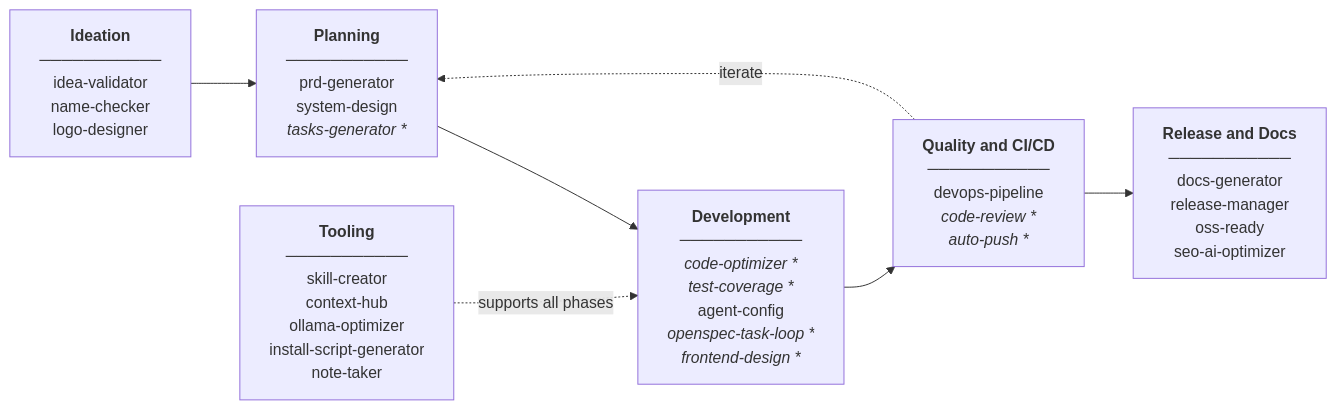
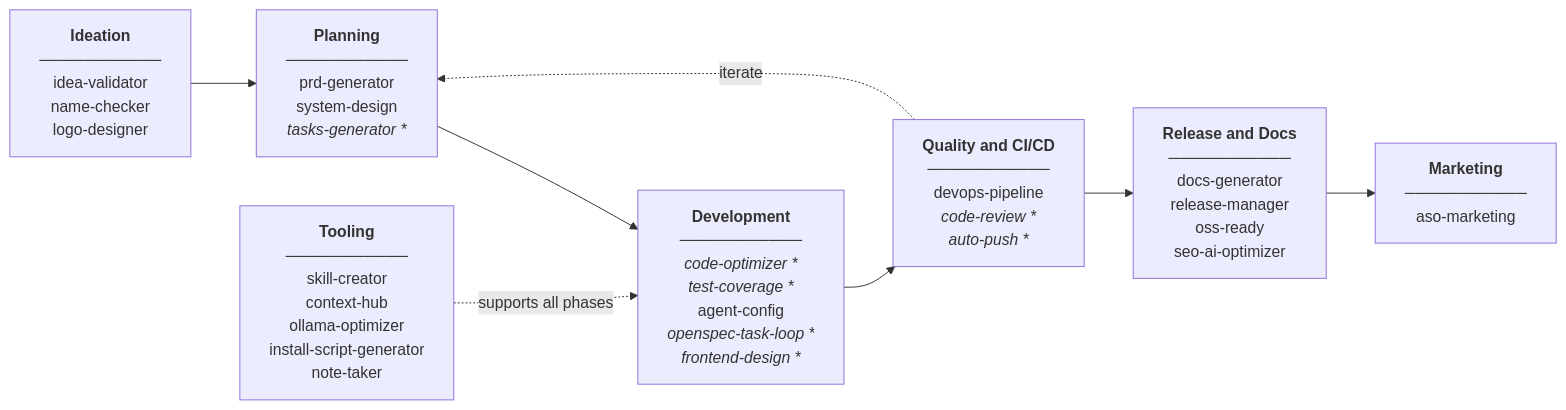
One commit to luongnv89/skills changed the diagram in README.md. Above: the diagram before and after it, drawn with Mermaid. The commit also changed other lines of this file and 2 other files, not shown here.

````diff
--- a/README.md
+++ b/README.md
@@ -93,16 +106,18 @@
 ```mermaid
 flowchart LR
     IDEATION["<b>Ideation</b><br/>───────────<br/>idea-validator<br/>name-checker<br/>logo-designer"]
     PLANNING["<b>Planning</b><br/>───────────<br/>prd-generator<br/>system-design<br/><i>tasks-generator *</i>"]
     DEVELOPMENT["<b>Development</b><br/>───────────<br/><i>code-optimizer *</i><br/><i>test-coverage *</i><br/>agent-config<br/><i>openspec-task-loop *</i><br/><i>frontend-design *</i>"]
     QUALITY["<b>Quality and CI/CD</b><br/>───────────<br/>devops-pipeline<br/><i>code-review *</i><br/><i>auto-push *</i>"]
     RELEASE["<b>Release and Docs</b><br/>───────────<br/>docs-generator<br/>release-manager<br/>oss-ready<br/>seo-ai-optimizer"]
+    MARKETING["<b>Marketing</b><br/>───────────<br/>aso-marketing"]
     TOOLING["<b>Tooling</b><br/>───────────<br/>skill-creator<br/>context-hub<br/>ollama-optimizer<br/>install-script-generator<br/>note-taker"]
 
     IDEATION --> PLANNING
     PLANNING --> DEVELOPMENT
     DEVELOPMENT --> QUALITY
     QUALITY --> RELEASE
+    RELEASE --> MARKETING
     QUALITY -.->|iterate| PLANNING
     TOOLING -.->|supports all phases| DEVELOPMENT
 ```
````
